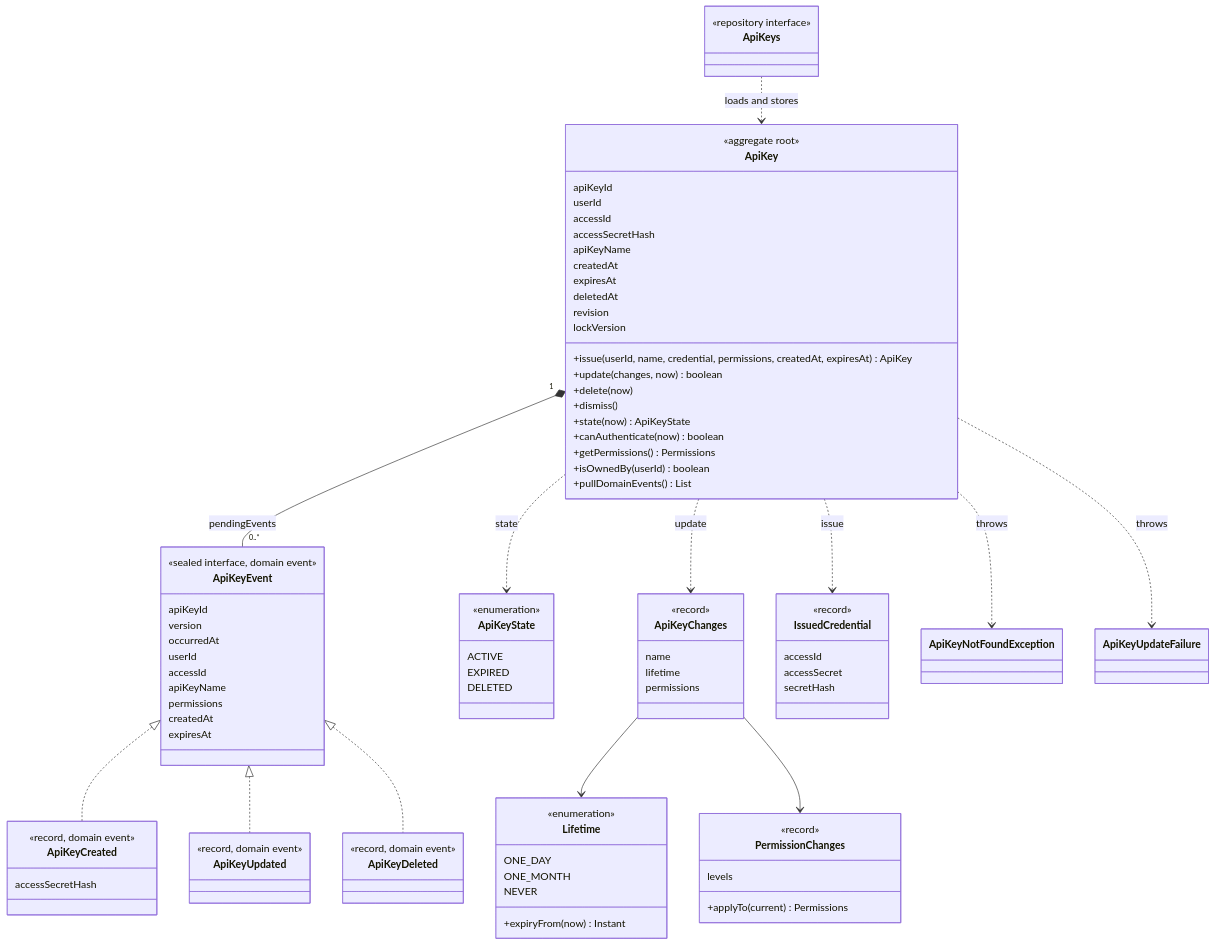
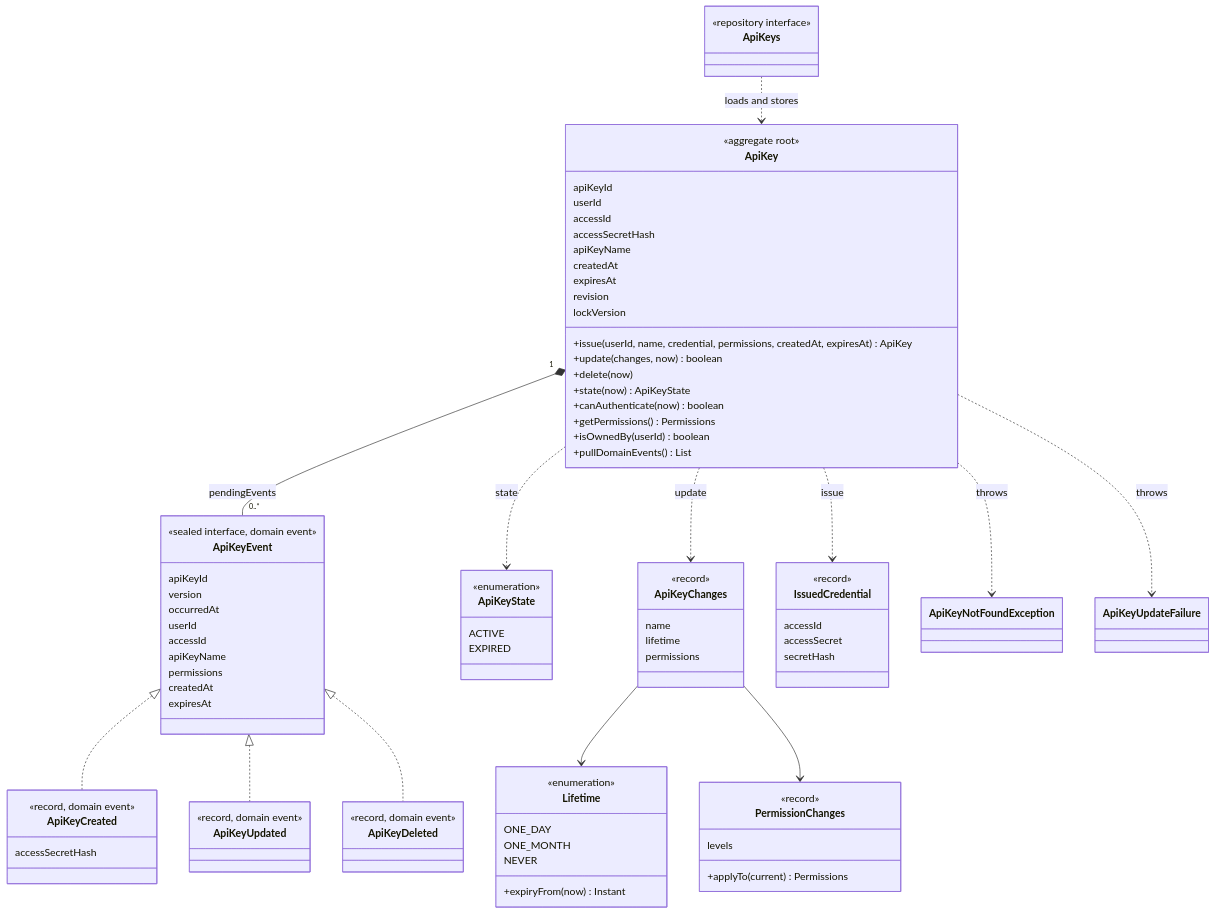
One commit to Dhiren9939/HQ-Tier0 changed the second of 14 diagrams in docs/access-context.md. Above: the diagram before and after it, drawn with Mermaid. The commit also changed other lines of this file and 30 other files, not shown here.

```diff
--- a/docs/access-context.md
+++ b/docs/access-context.md
@@ -295,13 +288,11 @@
         apiKeyName
         createdAt
         expiresAt
-        deletedAt
         revision
         lockVersion
         +issue(userId, name, credential, permissions, createdAt, expiresAt) ApiKey
         +update(changes, now) boolean
         +delete(now)
-        +dismiss()
         +state(now) ApiKeyState
         +canAuthenticate(now) boolean
         +getPermissions() Permissions
@@ -334,7 +325,6 @@
         <<enumeration>>
         ACTIVE
         EXPIRED
-        DELETED
     }
     class Lifetime {
         <<enumeration>>
```
